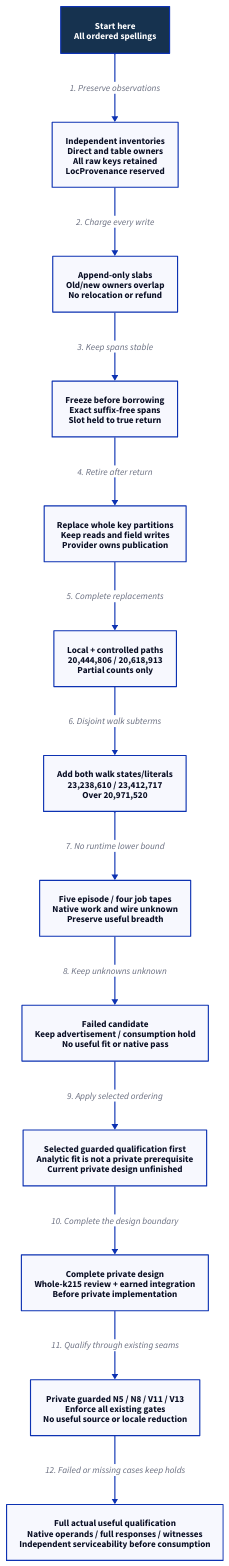
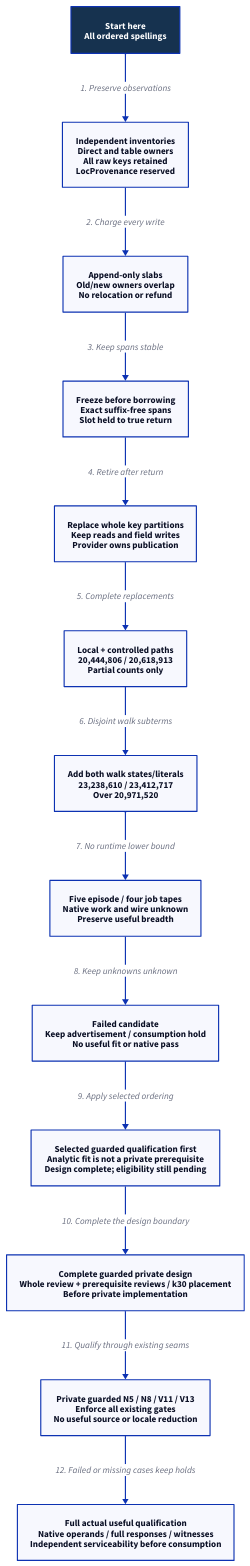
Before and after one commit to Linkuistics/Koine: the diagram in docs/design/architecture/native-metadata-grouped-storage.d2, drawn with D2. The commit also changed 61 other files, not shown here.

Commit message:
Complete guarded private application qualification design (application-metadata-qualification-boundary-k236; application-localized-metadata-k215)

```diff
--- a/docs/design/architecture/native-metadata-grouped-storage.d2
+++ b/docs/design/architecture/native-metadata-grouped-storage.d2
@@ -1,30 +1,30 @@
 direction: down
 start: "Start here\nAll ordered spellings" {
  style.fill: "#16324f"
  style.font-color: white
  style.bold: true
 }
 inventories: "Independent inventories\nDirect and table owners\nAll raw keys retained\nLocProvenance reserved"
 slabs: "Append-only slabs\nOld/new owners overlap\nNo relocation or refund"
 frozen: "Freeze before borrowing\nExact suffix-free spans\nSlot held to true return"
 replacement: "Replace whole key partitions\nKeep reads and field writes\nProvider owns publication"
 subtotal: "Local + controlled paths\n20,444,806 / 20,618,913\nPartial counts only"
 walks: "Add both walk states/literals\n23,238,610 / 23,412,717\nOver 20,971,520"
 conditional: "Five episode / four job tapes\nNative work and wire unknown\nPreserve useful breadth"
 hold: "Failed candidate\nKeep advertisement / consumption hold\nNo useful fit or native pass"
-choice: "Selected guarded qualification first\nAnalytic fit is not a private prerequisite\nCurrent private design unfinished"
-review: "Complete private design\nWhole-k215 review + earned integration\nBefore private implementation"
+choice: "Selected guarded qualification first\nAnalytic fit is not a private prerequisite\nDesign complete; eligibility still pending"
+review: "Complete guarded private design\nWhole review + prerequisite reviews / k30 placement\nBefore private implementation"
 private: "Private guarded N5 / N8 / V11 / V13\nEnforce all existing gates\nNo useful source or locale reduction"
 accept: "Full actual useful qualification\nNative operands / full responses / witnesses\nIndependent serviceability before consumption"
 start -> inventories: "1. Preserve observations"
 inventories -> slabs: "2. Charge every write"
 slabs -> frozen: "3. Keep spans stable"
 frozen -> replacement: "4. Retire after return"
 replacement -> subtotal: "5. Complete replacements"
 subtotal -> walks: "6. Disjoint walk subterms"
 walks -> conditional: "7. No runtime lower bound"
 conditional -> hold: "8. Keep unknowns unknown"
 hold -> choice: "9. Apply selected ordering"
 choice -> review: "10. Complete the design boundary"
 review -> private: "11. Qualify through existing seams"
 private -> accept: "12. Failed or missing cases keep holds"
```
